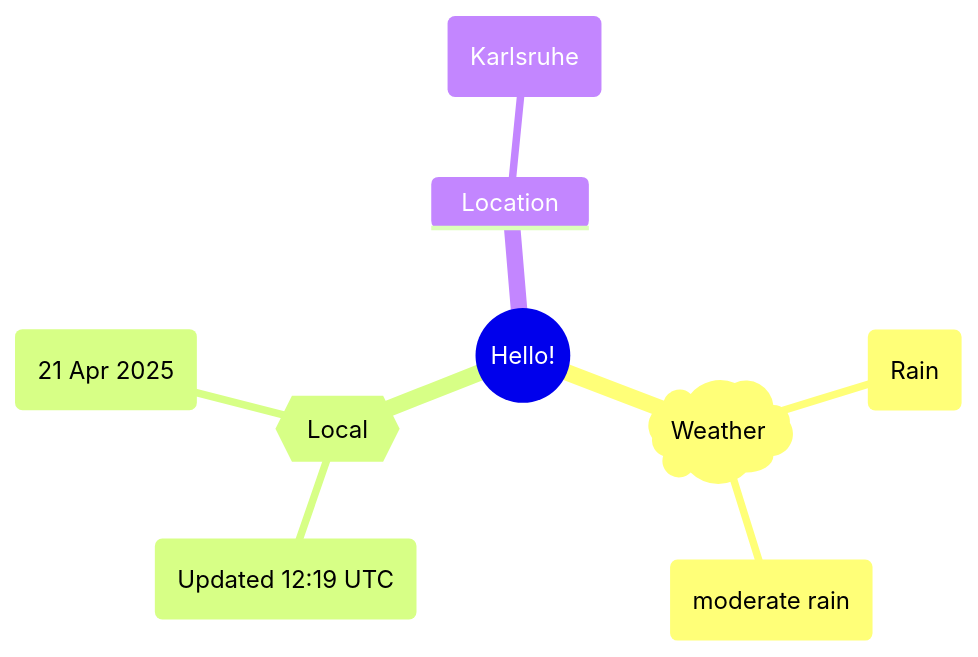
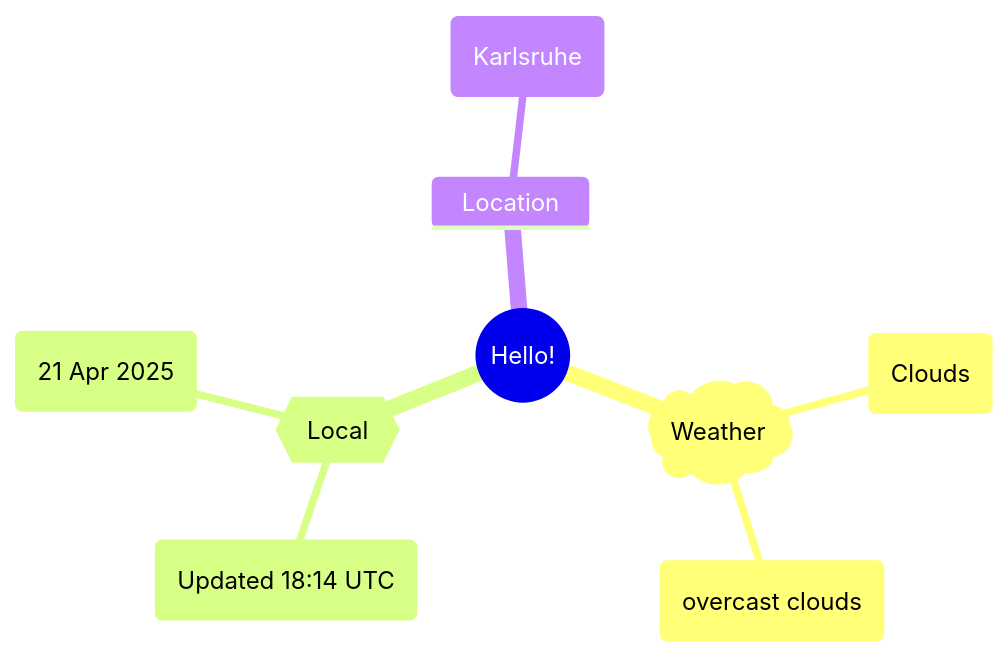
The first of 2 diagrams in README.md (Xosrov/Xosrov), drawn with Mermaid before and after one commit.

Commit message:
[bot] updated images

````diff
--- a/README.md
+++ b/README.md
@@ -3,12 +3,12 @@
 ```mermaid
 mindmap
   root((Hello!))
     )Weather(
-        (Rain)
-        (moderate rain)
+        (Clouds)
+        (overcast clouds)
     {{Local}}
-        (Updated 12:19 UTC)
+        (Updated 18:14 UTC)
         (21 Apr 2025)
     Location
         (Karlsruhe)
 ```
````
